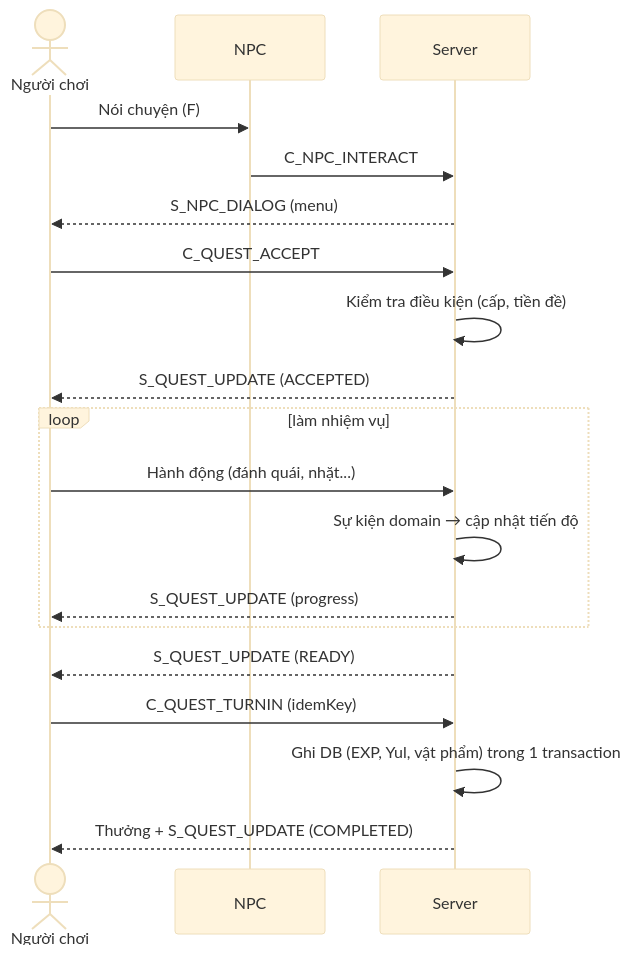
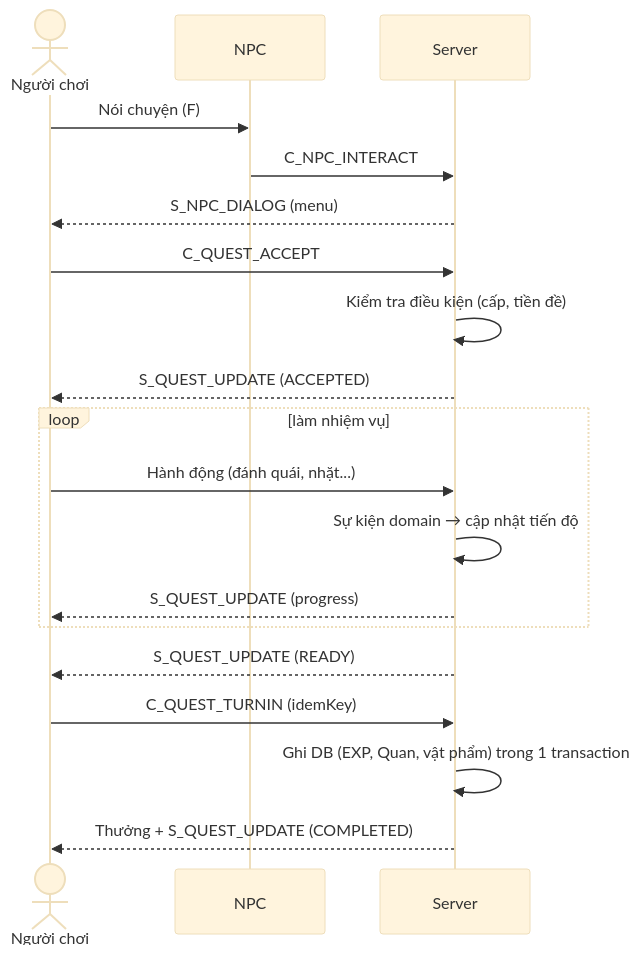
One commit to thehuygnouhk/game-2d changed the fourth of 13 diagrams in docs/workflows/player-journey.md. Above: the diagram before and after it, drawn with Mermaid (base theme). The commit also changed other lines of this file and 35 other files, not shown here.

````diff
--- a/docs/workflows/player-journey.md
+++ b/docs/workflows/player-journey.md
@@ -86,21 +86,21 @@
 ```mermaid
 sequenceDiagram
     actor P as Người chơi
     participant N as NPC
     participant S as Server
     P->>N: Nói chuyện (F)
     N->>S: C_NPC_INTERACT
     S-->>P: S_NPC_DIALOG (menu)
     P->>S: C_QUEST_ACCEPT
     S->>S: Kiểm tra điều kiện (cấp, tiền đề)
     S-->>P: S_QUEST_UPDATE (ACCEPTED)
     loop làm nhiệm vụ
         P->>S: Hành động (đánh quái, nhặt...)
         S->>S: Sự kiện domain → cập nhật tiến độ
         S-->>P: S_QUEST_UPDATE (progress)
     end
     S-->>P: S_QUEST_UPDATE (READY)
     P->>S: C_QUEST_TURNIN (idemKey)
-    S->>S: Ghi DB (EXP, Yul, vật phẩm) trong 1 transaction
+    S->>S: Ghi DB (EXP, Quan, vật phẩm) trong 1 transaction
     S-->>P: Thưởng + S_QUEST_UPDATE (COMPLETED)
 ```
````
